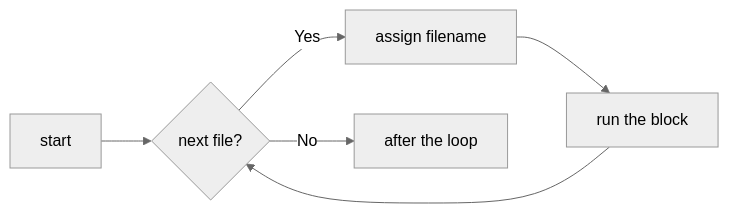
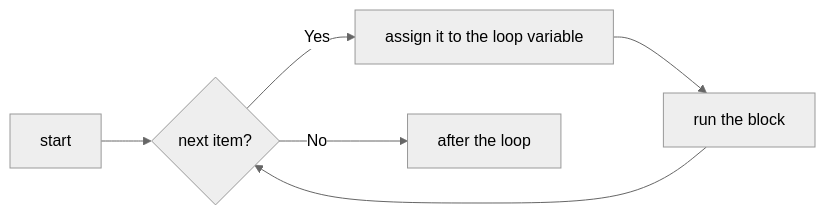
One commit to FeikoWielsma/courseWare-Python-Programming changed the third of 3 diagrams in src/slides/04-control-flow-and-operators/04-control-flow-and-operators.md. Above: the diagram before and after it, drawn with Mermaid (neutral theme). The commit also changed other lines of this file and 308 other files, not shown here.

````diff
--- a/src/slides/04-control-flow-and-operators/04-control-flow-and-operators.md
+++ b/src/slides/04-control-flow-and-operators/04-control-flow-and-operators.md
@@ -197,8 +201,8 @@
 ```mermaid
 flowchart LR
-  A[start] --> B{next file?}
-  B -- Yes --> C[assign filename]
+  A[start] --> B{next item?}
+  B -- Yes --> C[assign it to the loop variable]
   C --> D[run the block]
   D --> B
   B -- No --> E[after the loop]
 ```
````
